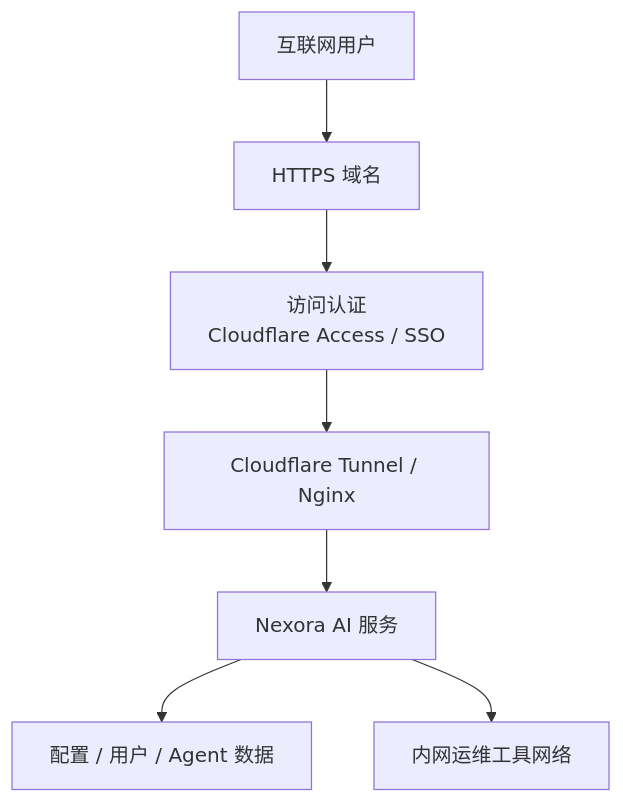
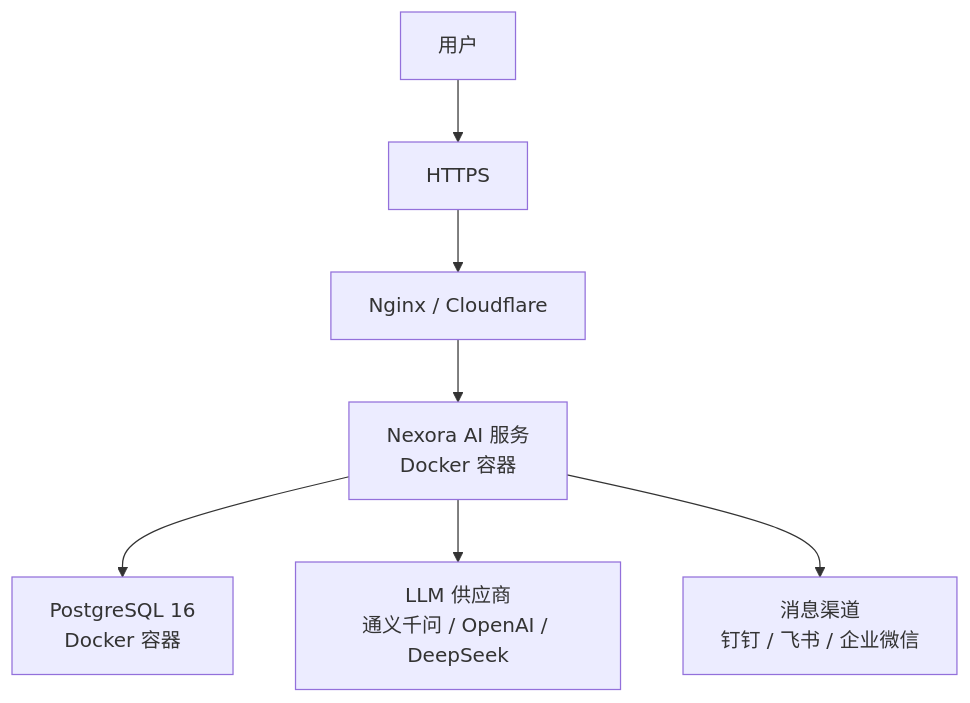
One commit to devjotaduo/nexora-ai-platform changed the eighth of 8 diagrams in docs/technical-solution.md. Above: the diagram before and after it, drawn with Mermaid. The commit also changed other lines of this file and 5 other files, not shown here.

````diff
--- a/docs/technical-solution.md
+++ b/docs/technical-solution.md
@@ -425,9 +425,9 @@
 ```mermaid
 flowchart TB
-    User["互联网用户"] --> HTTPS["HTTPS 域名"]
-    HTTPS --> Access["访问认证<br/>Cloudflare Access / SSO"]
-    Access --> Tunnel["Cloudflare Tunnel / Nginx"]
-    Tunnel --> App["Nexora AI 服务"]
-    App --> LocalData["配置 / 用户 / Agent 数据"]
-    App --> OpsNetwork["内网运维工具网络"]
+    User["用户"] --> HTTPS["HTTPS"]
+    HTTPS --> Gateway["Nginx / Cloudflare"]
+    Gateway --> App["Nexora AI 服务<br/>Docker 容器"]
+    App --> PG["PostgreSQL 16<br/>Docker 容器"]
+    App --> LLM["LLM 供应商<br/>通义千问 / OpenAI / DeepSeek"]
+    App --> Channels["消息渠道<br/>钉钉 / 飞书 / 企业微信"]
 ```
````
